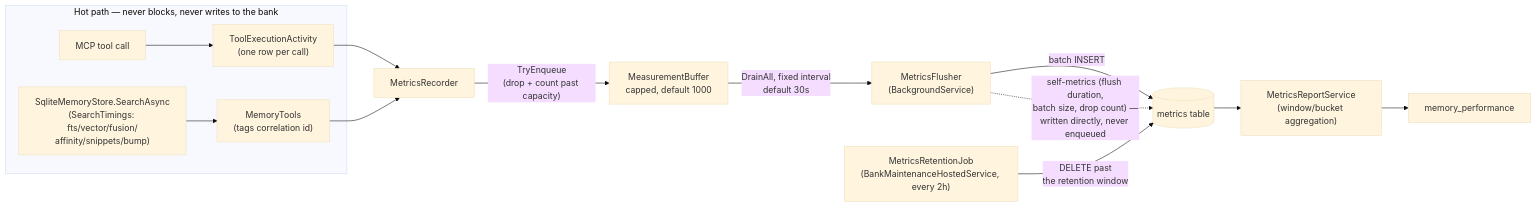
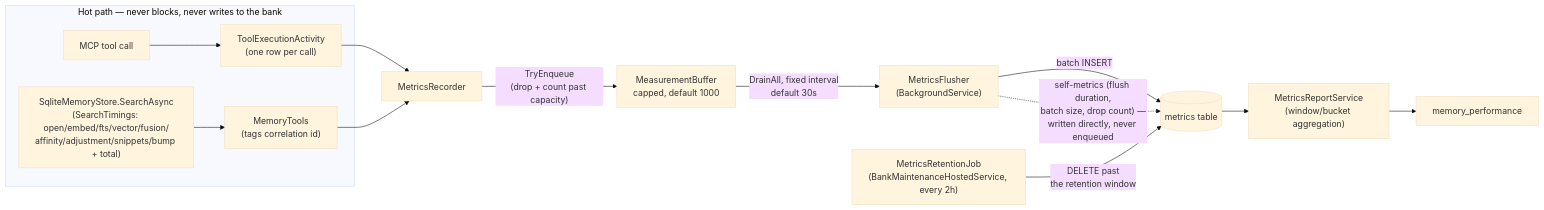
One commit to Arasz/ai-raccoon changed the fourth of 7 diagrams in docs/explanation/architecture.md. Above: the diagram before and after it, drawn with Mermaid (base theme). The commit also changed other lines of this file and 5 other files, not shown here.

````diff
--- a/docs/explanation/architecture.md
+++ b/docs/explanation/architecture.md
@@ -441,16 +458,16 @@
 ```mermaid
 flowchart LR
     subgraph HotPath["Hot path — never blocks, never writes to the bank"]
         Tool["MCP tool call"] --> Activity["ToolExecutionActivity<br/>(one row per call)"]
-        Search["SqliteMemoryStore.SearchAsync<br/>(SearchTimings: fts/vector/fusion/<br/>affinity/snippets/bump)"] --> MT["MemoryTools<br/>(tags correlation id)"]
+        Search["SqliteMemoryStore.SearchAsync<br/>(SearchTimings: open/embed/fts/vector/fusion/<br/>affinity/adjustment/snippets/bump + total)"] --> MT["MemoryTools<br/>(tags correlation id)"]
     end
     Activity --> Recorder["MetricsRecorder"]
     MT --> Recorder
     Recorder -->|"TryEnqueue<br/>(drop + count past capacity)"| Buffer["MeasurementBuffer<br/>capped, default 1000"]
     Buffer -->|"DrainAll, fixed interval<br/>default 30s"| Flusher["MetricsFlusher<br/>(BackgroundService)"]
     Flusher -->|batch INSERT| Metrics[("metrics table")]
     Flusher -.->|"self-metrics (flush duration,<br/>batch size, drop count) —<br/>written directly, never enqueued"| Metrics
     Reaper["MetricsRetentionJob<br/>(BankMaintenanceHostedService, every 2h)"] -->|"DELETE past<br/>the retention window"| Metrics
     Metrics --> ReportSvc["MetricsReportService<br/>(window/bucket aggregation)"]
     ReportSvc --> PerfTool["memory_performance"]
 ```
````
